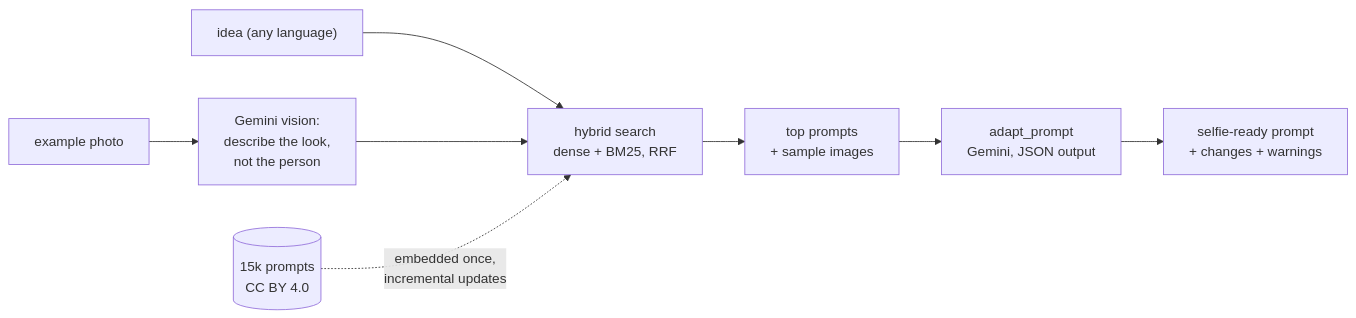
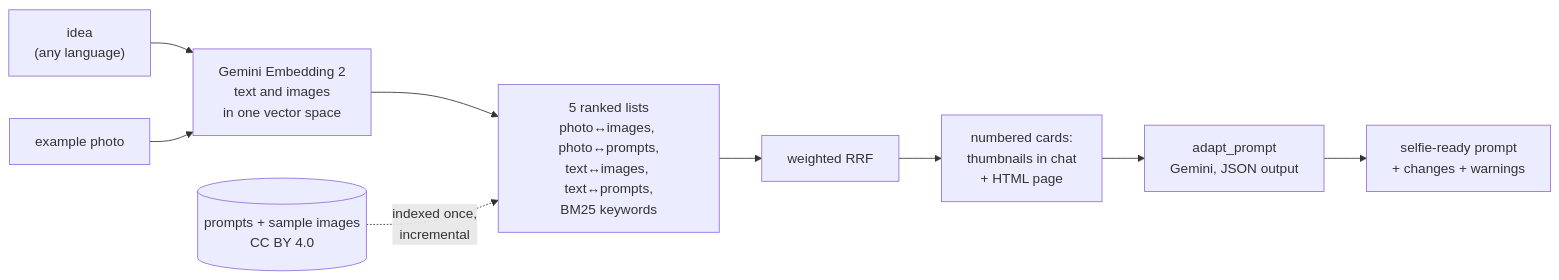
Before and after one commit to vshgit/prompt-scout: the diagram in README.md, drawn with Mermaid. The commit also changed other lines of this file, not shown here.

First line of the commit message:
README: multimodal search, config, costs

````diff
--- a/README.md
+++ b/README.md
@@ -11,8 +11,10 @@
 ```mermaid
 flowchart LR
-    Q["idea (any language)"] --> H
-    P["example photo"] --> V["Gemini vision:<br/>describe the look,<br/>not the person"] --> H
-    H["hybrid search<br/>dense + BM25, RRF"] --> R["top prompts<br/>+ sample images"]
-    R --> A["adapt_prompt<br/>Gemini, JSON output"] --> S["selfie-ready prompt<br/>+ changes + warnings"]
-    L[("15k prompts<br/>CC BY 4.0")] -. "embedded once,<br/>incremental updates" .-> H
+    T["idea<br/>(any language)"] --> E
+    P["example photo"] --> E
+    E["Gemini Embedding 2<br/>text and images<br/>in one vector space"] --> S
+    S["5 ranked lists<br/>photo↔images, photo↔prompts,<br/>text↔images, text↔prompts,<br/>BM25 keywords"] --> F["weighted RRF"]
+    F --> R["numbered cards:<br/>thumbnails in chat<br/>+ HTML page"]
+    R --> A["adapt_prompt<br/>Gemini, JSON output"] --> O["selfie-ready prompt<br/>+ changes + warnings"]
+    L[("prompts + sample images<br/>CC BY 4.0")] -. "indexed once,<br/>incremental" .-> S
 ```
````
